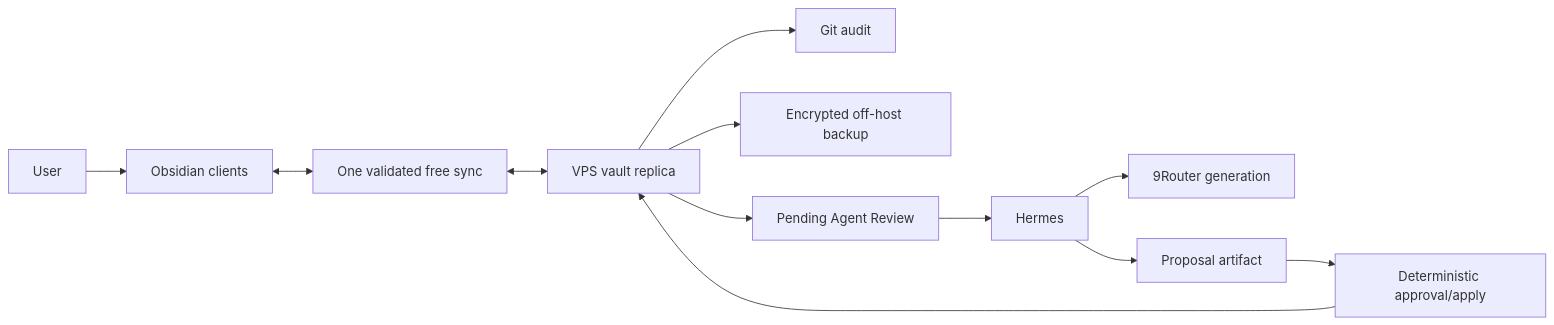
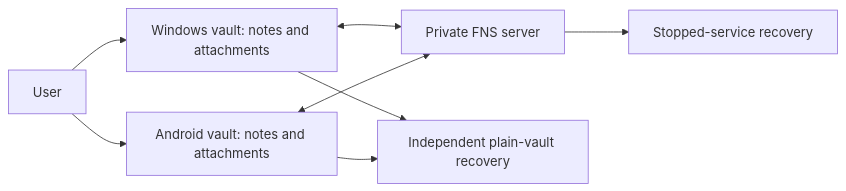
The first of 6 diagrams in docs/architecture/diagrams.md (tienbac2314/north-obsidian-vault), drawn with Mermaid before and after one commit. The commit also changed other lines of this file and 71 other files, not shown here.

````diff
--- a/docs/architecture/diagrams.md
+++ b/docs/architecture/diagrams.md
@@ -5,14 +7,10 @@
 ```mermaid
 flowchart LR
-    U["User"] --> O["Obsidian clients"]
-    O <--> S["One validated free sync"]
-    S <--> V["VPS vault replica"]
-    V --> G["Git audit"]
-    V --> B["Encrypted off-host backup"]
-    V --> Q["Pending Agent Review"]
-    Q --> H["Hermes"]
-    H --> R["9Router generation"]
-    H --> P["Proposal artifact"]
-    P --> A["Deterministic approval/apply"]
+    U["User"] --> W["Windows vault: notes and attachments"]
+    U --> A["Android vault: notes and attachments"]
+    W <--> F["Private FNS server"]
+    A <--> F
+    W --> V["Independent plain-vault recovery"]
     A --> V
+    F --> B["Stopped-service recovery"]
 ```
````
